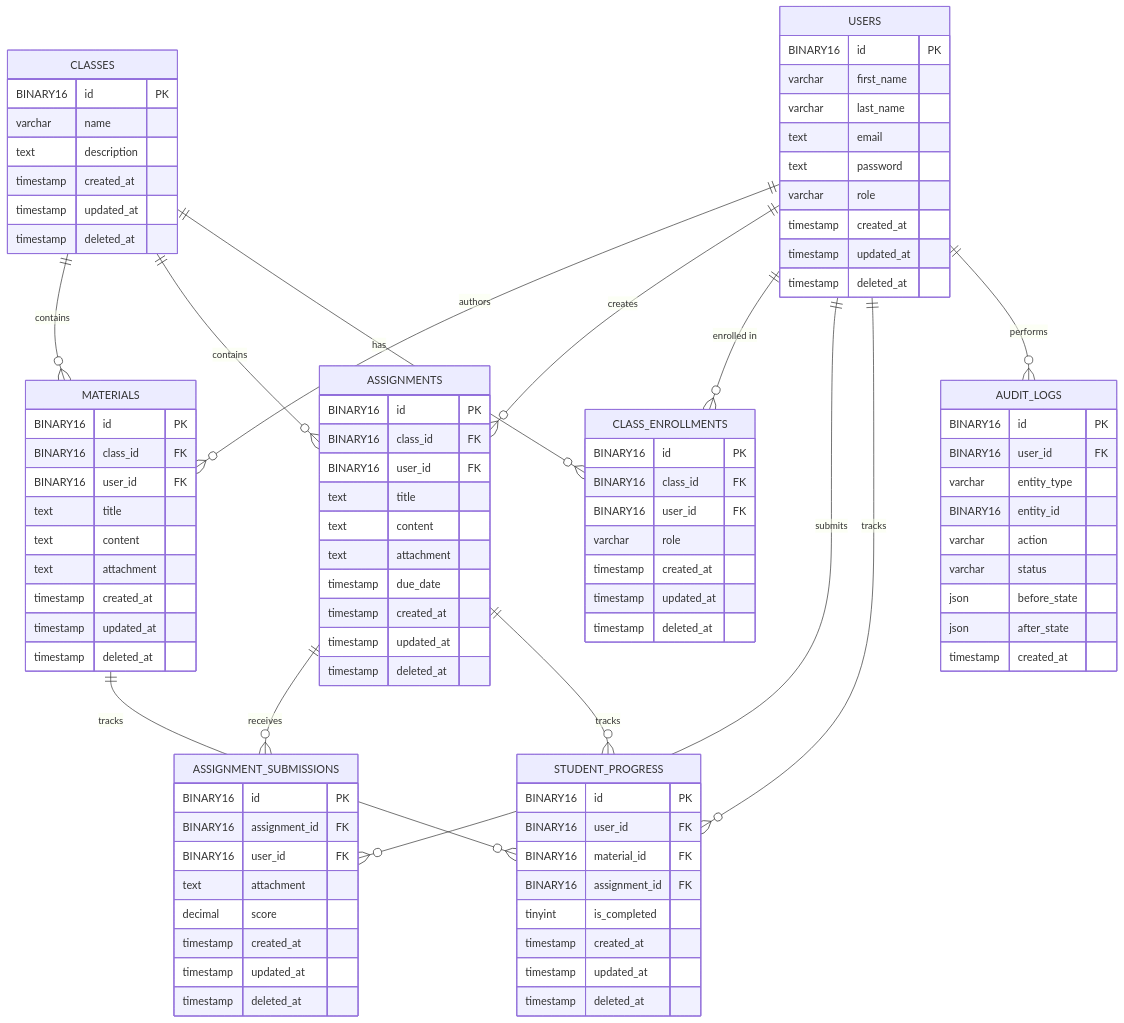
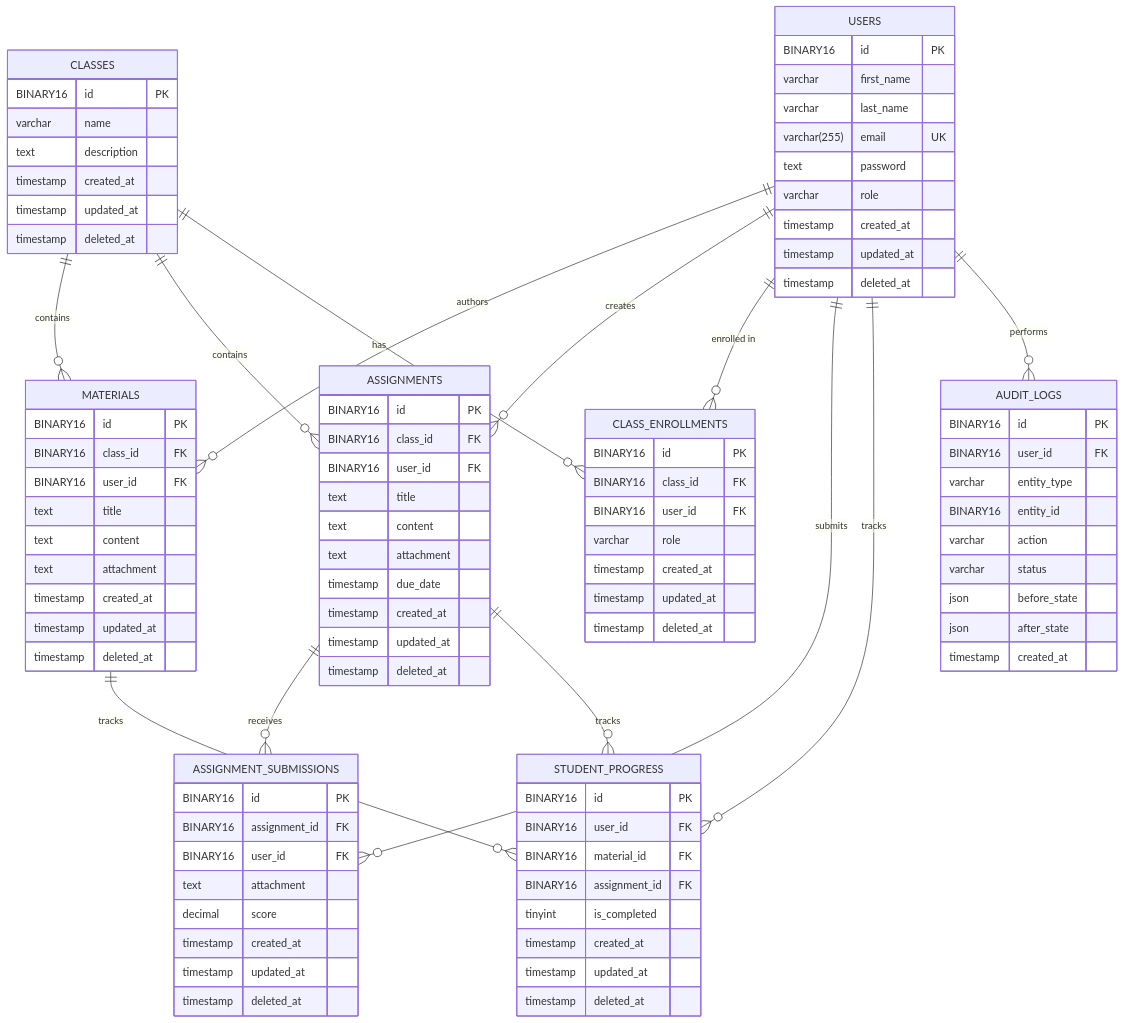
Before and after one commit to Qiraht/spring-lms: the third of 3 diagrams in docs/architecture.md, drawn with Mermaid. The commit also changed other lines of this file and 4 other files, not shown here.

```diff
--- a/docs/architecture.md
+++ b/docs/architecture.md
@@ -110,7 +118,7 @@
         BINARY16 id PK
         varchar first_name
         varchar last_name
-        text email
+        varchar(255) email UK
         text password
         varchar role
         timestamp created_at
```
